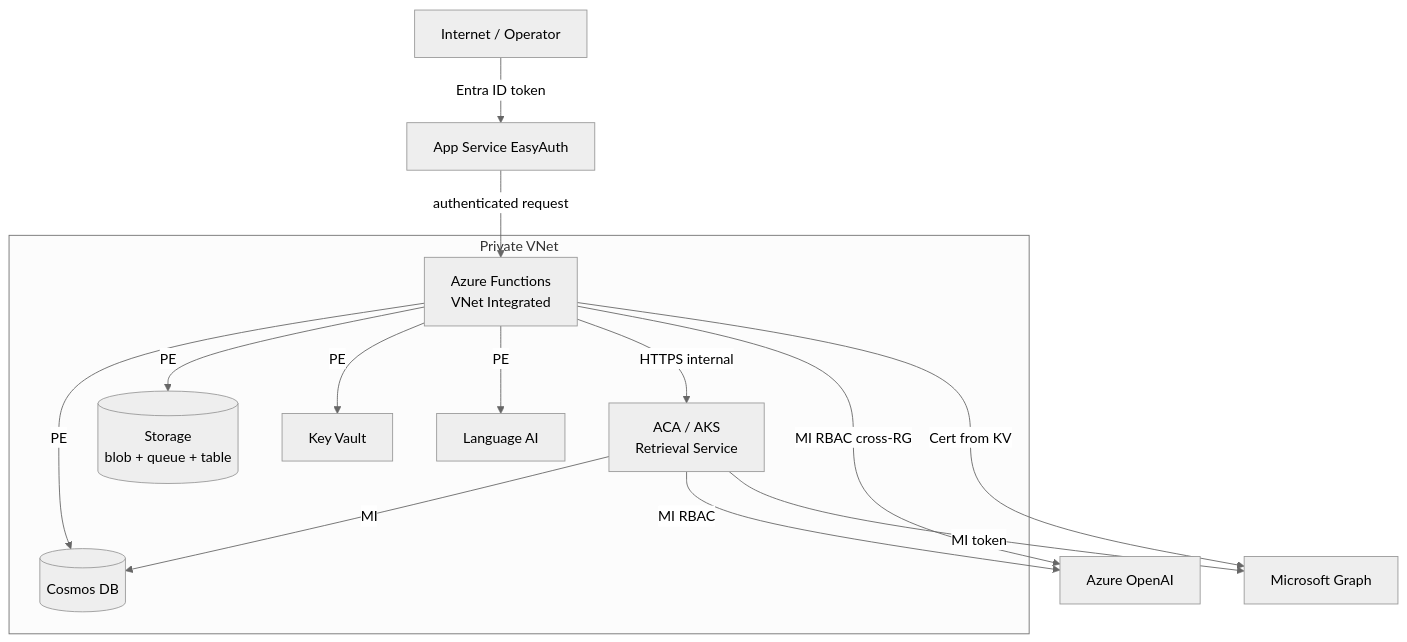
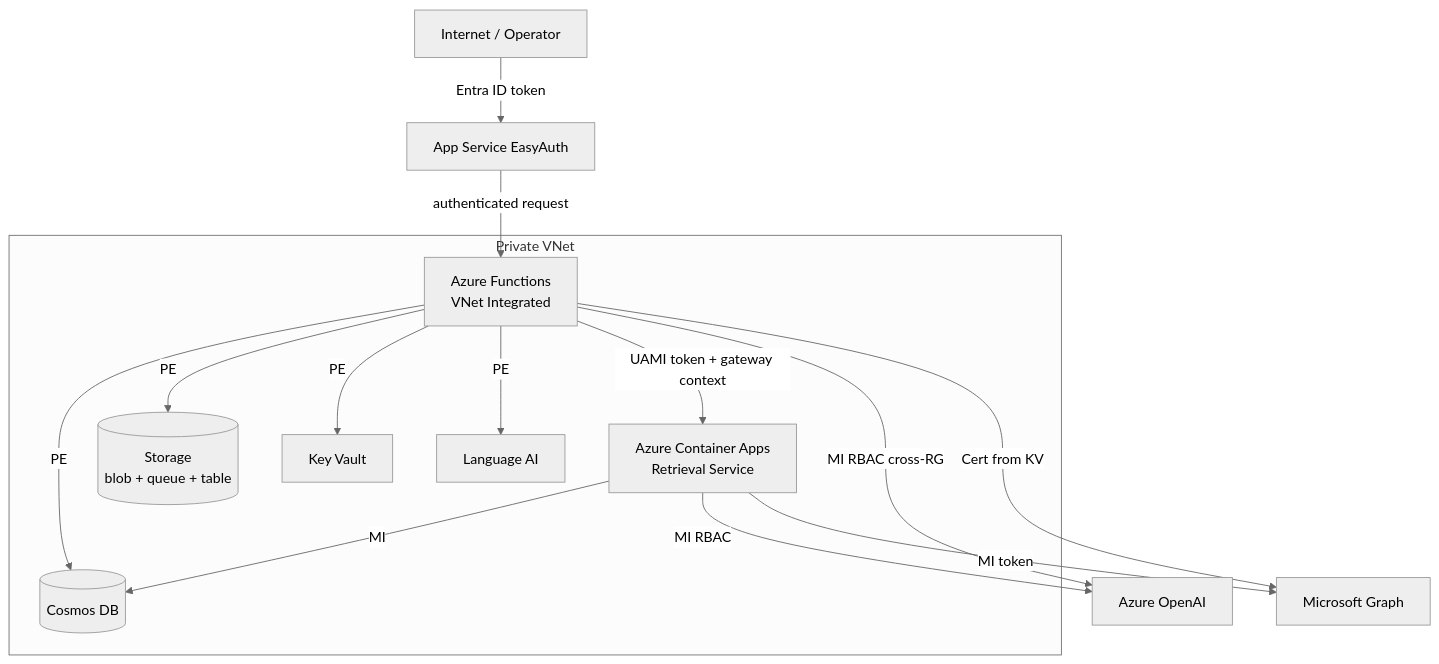
One commit to HariVamsiChittari/enterprise-rag-pipeline changed diagram 11 of 11 in docs/ARCHITECTURE.md. Above: the diagram before and after it, drawn with Mermaid (neutral theme). The commit also changed other lines of this file and 108 other files, not shown here.

````diff
--- a/docs/ARCHITECTURE.md
+++ b/docs/ARCHITECTURE.md
@@ -513,19 +630,19 @@
 ```mermaid
 flowchart TB
     Internet[Internet / Operator] -->|Entra ID token| EasyAuth[App Service EasyAuth]
     EasyAuth -->|authenticated request| FuncApp[Azure Functions<br/>VNet Integrated]
 
     subgraph Private VNet
         FuncApp -->|PE| Cosmos[(Cosmos DB)]
         FuncApp -->|PE| Storage[(Storage<br/>blob + queue + table)]
         FuncApp -->|PE| KV[Key Vault]
         FuncApp -->|PE| Lang[Language AI]
-        FuncApp -->|HTTPS internal| ACA[ACA / AKS<br/>Retrieval Service]
+        FuncApp -->|UAMI token + gateway context| ACA[Azure Container Apps<br/>Retrieval Service]
         ACA -->|MI| Cosmos
     end
 
     FuncApp -->|MI RBAC cross-RG| OpenAI[Azure OpenAI]
     FuncApp -->|Cert from KV| Graph[Microsoft Graph]
     ACA -->|MI RBAC| OpenAI
     ACA -->|MI token| Graph
 ```
````
